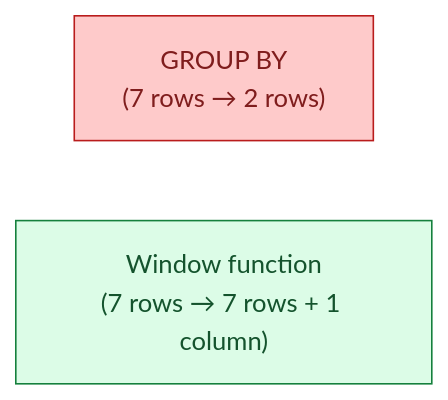
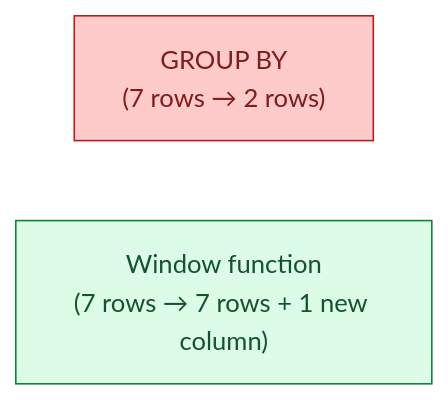
One commit to shiningflash/shiningflash.github.io changed the first of 3 diagrams in _de_concepts/002-window-functions.md. Above: the diagram before and after it, drawn with Mermaid (base theme). The commit also changed other lines of this file and 5 other files, not shown here.

````diff
--- a/_de_concepts/002-window-functions.md
+++ b/_de_concepts/002-window-functions.md
@@ -12,8 +16,8 @@
 ```mermaid
 flowchart LR
-    G["GROUP BY<br/>(7 rows → 2 rows)"]:::a
-    W["Window function<br/>(7 rows → 7 rows + 1 column)"]:::b
+    A["GROUP BY<br/>(7 rows → 2 rows)"]:::r
+    B["Window function<br/>(7 rows → 7 rows + 1 new column)"]:::g
 
-    classDef a fill:#fecaca,stroke:#b91c1c,color:#7f1d1d
-    classDef b fill:#dcfce7,stroke:#15803d,color:#14532d
+    classDef r fill:#fecaca,stroke:#b91c1c,color:#7f1d1d
+    classDef g fill:#dcfce7,stroke:#15803d,color:#14532d
 ```
````
